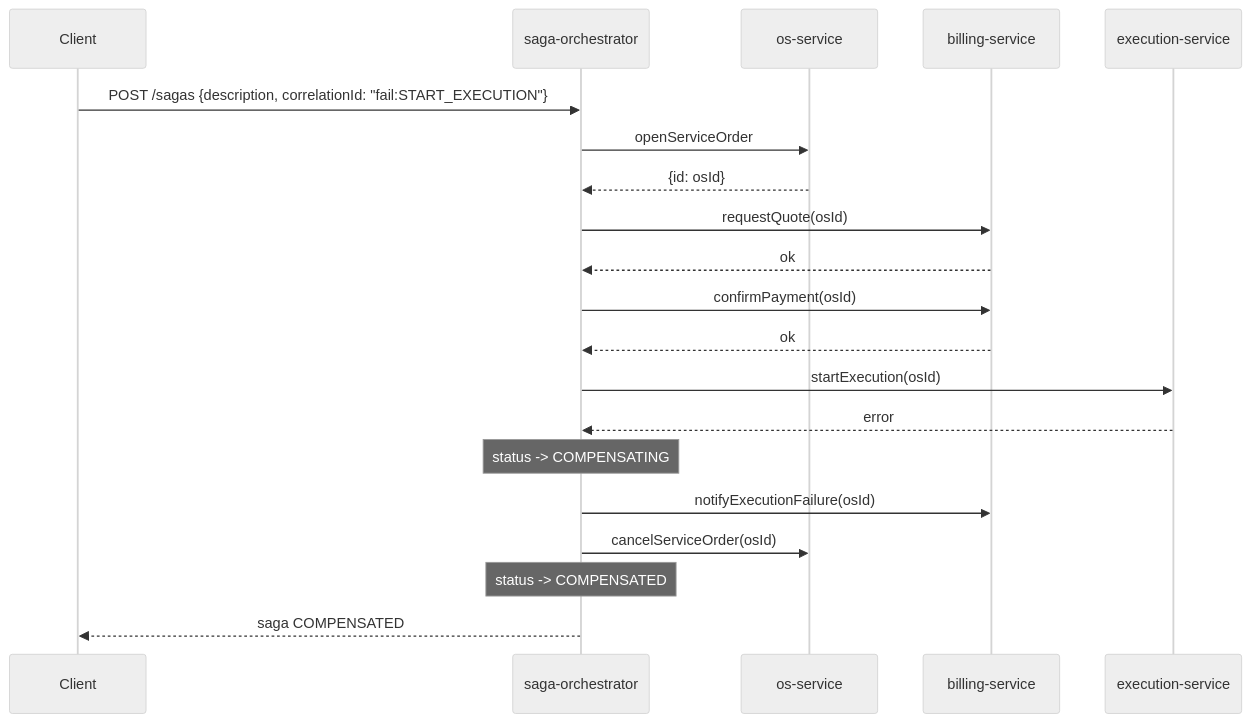
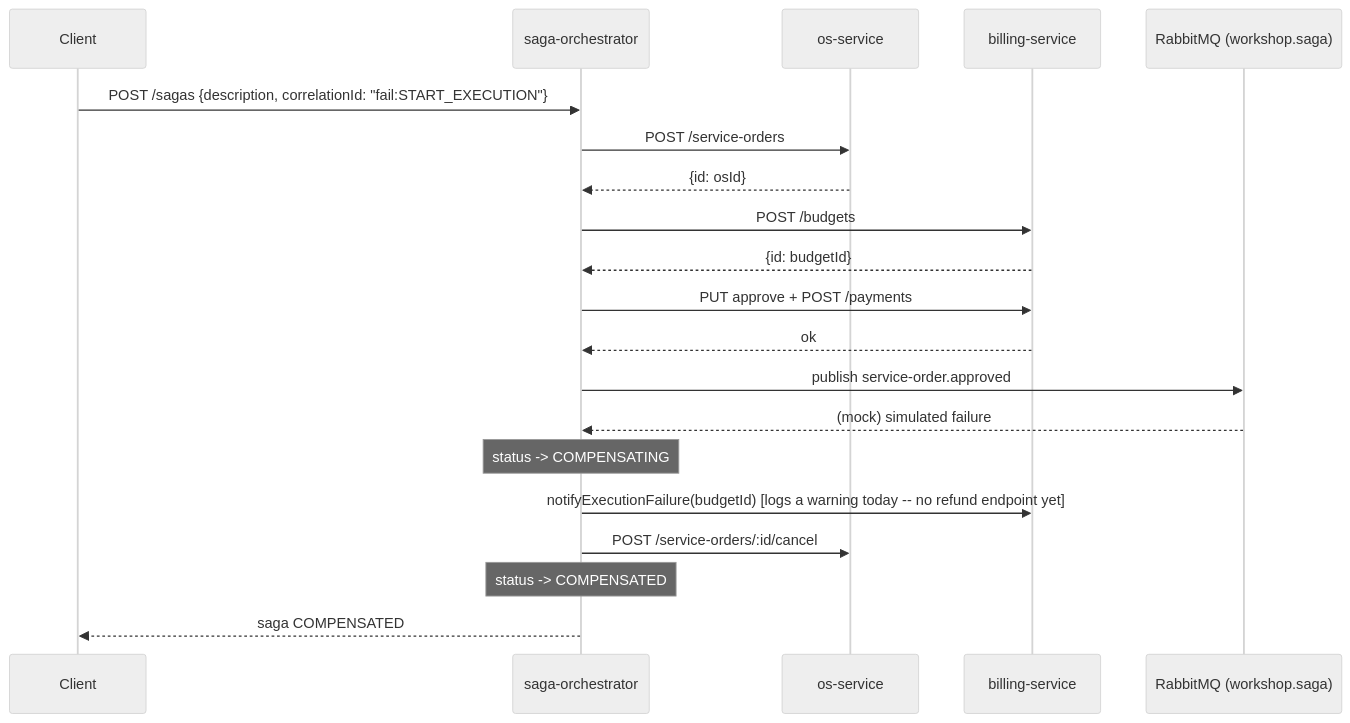
Before and after one commit to JulioRios00/FiapMecanica: the third of 3 diagrams in microservices/docs/architecture.md, drawn with Mermaid (neutral theme). The commit also changed other lines of this file and 2 other files, not shown here.

First line of the commit message:
docs: document real billing-service/execution-service-api integration

````diff
--- a/microservices/docs/architecture.md
+++ b/microservices/docs/architecture.md
@@ -130,23 +187,23 @@
 ```mermaid
 sequenceDiagram
     participant C as Client
     participant S as saga-orchestrator
     participant OS as os-service
     participant B as billing-service
-    participant E as execution-service
+    participant Q as RabbitMQ (workshop.saga)
 
     C->>S: POST /sagas {description, correlationId: "fail:START_EXECUTION"}
-    S->>OS: openServiceOrder
+    S->>OS: POST /service-orders
     OS-->>S: {id: osId}
-    S->>B: requestQuote(osId)
+    S->>B: POST /budgets
+    B-->>S: {id: budgetId}
+    S->>B: PUT approve + POST /payments
     B-->>S: ok
-    S->>B: confirmPayment(osId)
-    B-->>S: ok
-    S->>E: startExecution(osId)
-    E-->>S: error
+    S->>Q: publish service-order.approved
+    Q-->>S: (mock) simulated failure
     Note over S: status -> COMPENSATING
-    S->>B: notifyExecutionFailure(osId)
-    S->>OS: cancelServiceOrder(osId)
+    S->>B: notifyExecutionFailure(budgetId) [logs a warning today -- no refund endpoint yet]
+    S->>OS: POST /service-orders/:id/cancel
     Note over S: status -> COMPENSATED
     S-->>C: saga COMPENSATED
 ```
````
